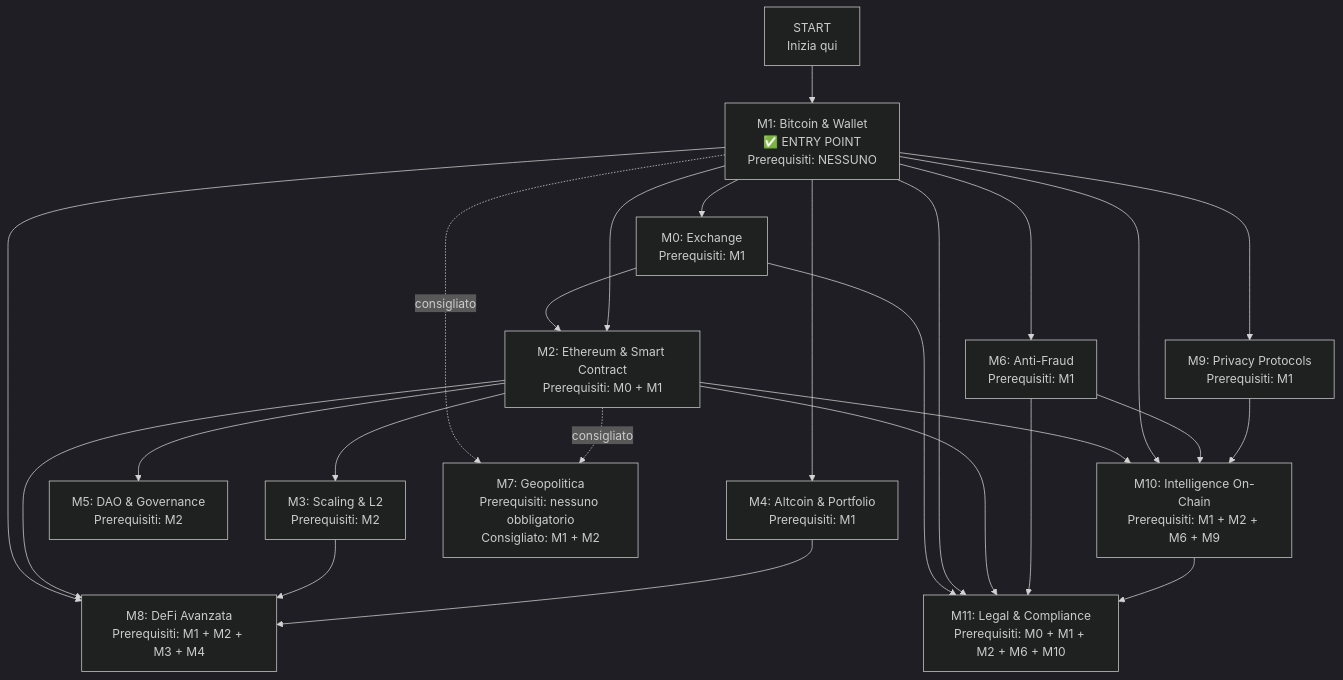
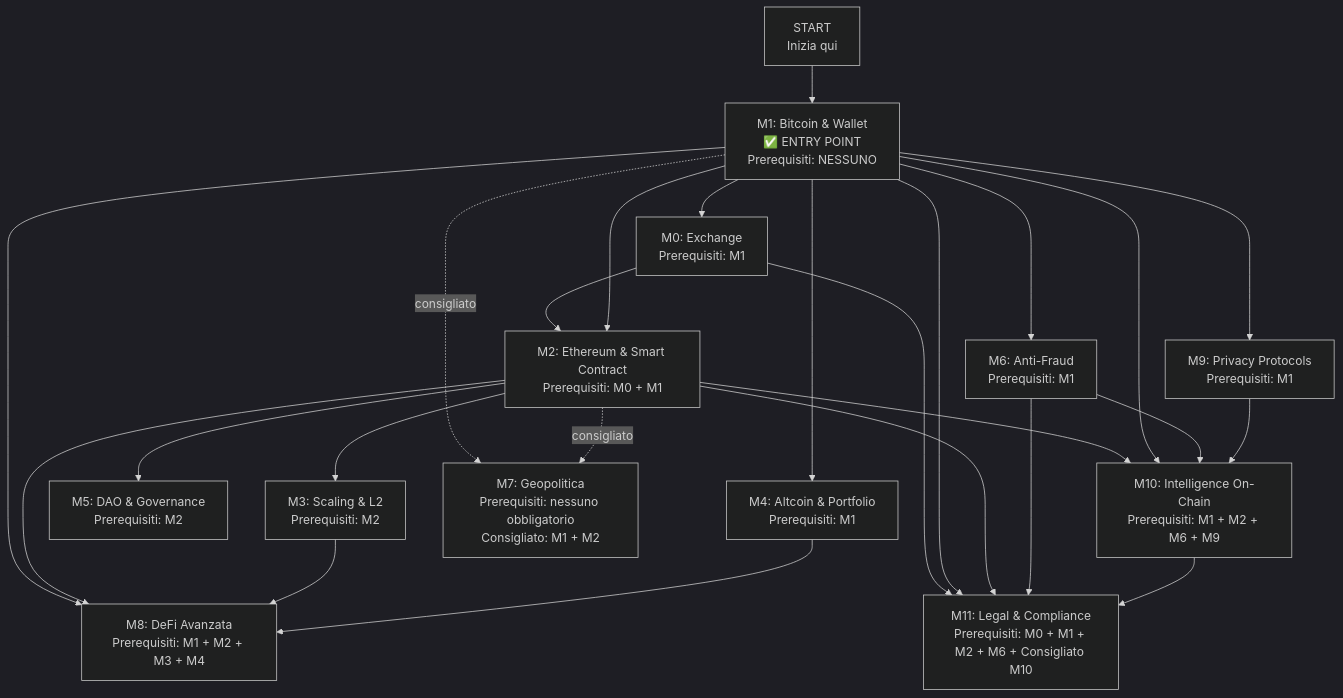
One commit to Bottegatecnologica/Dive changed the diagram in crypto_talent_tree.mermaid. Above: the diagram before and after it, drawn with Mermaid (dark theme).

Commit message:
Update M11 prerequisites in crypto talent tree

```diff
--- a/crypto_talent_tree.mermaid
+++ b/crypto_talent_tree.mermaid
@@ -1,53 +1,53 @@
 graph TD
     START["START<br/>Inizia qui"]
     
     M1["M1: Bitcoin & Wallet<br/>✅ ENTRY POINT<br/>Prerequisiti: NESSUNO"]
     
     M0["M0: Exchange<br/>Prerequisiti: M1"]
     M4["M4: Altcoin & Portfolio<br/>Prerequisiti: M1"]
     M6["M6: Anti-Fraud<br/>Prerequisiti: M1"]
     M9["M9: Privacy Protocols<br/>Prerequisiti: M1"]
     
     M2["M2: Ethereum & Smart Contract<br/>Prerequisiti: M0 + M1"]
     
     M3["M3: Scaling & L2<br/>Prerequisiti: M2"]
     M5["M5: DAO & Governance<br/>Prerequisiti: M2"]
     
     M8["M8: DeFi Avanzata<br/>Prerequisiti: M1 + M2 + M3 + M4"]
     M10["M10: Intelligence On-Chain<br/>Prerequisiti: M1 + M2 + M6 + M9"]
     
-    M11["M11: Legal & Compliance<br/>Prerequisiti: M0 + M1 + M2 + M6 + M10"]
+    M11["M11: Legal & Compliance<br/>Prerequisiti: M0 + M1 + M2 + M6 + Consigliato M10"]
     
     M7["M7: Geopolitica<br/>Prerequisiti: nessuno obbligatorio<br/>Consigliato: M1 + M2"]
     
     START --> M1
     
     M1 --> M0
     M1 --> M4
     M1 --> M6
     M1 --> M9
     
     M0 --> M2
     M1 --> M2
     
     M2 --> M3
     M2 --> M5
     M2 --> M10
     
     M1 --> M8
     M2 --> M8
     M3 --> M8
     M4 --> M8
     
     M1 --> M10
     M6 --> M10
     M9 --> M10
     
     M0 --> M11
     M1 --> M11
     M2 --> M11
     M6 --> M11
     M10 --> M11
     
     M1 -.->|consigliato| M7
     M2 -.->|consigliato| M7
```
